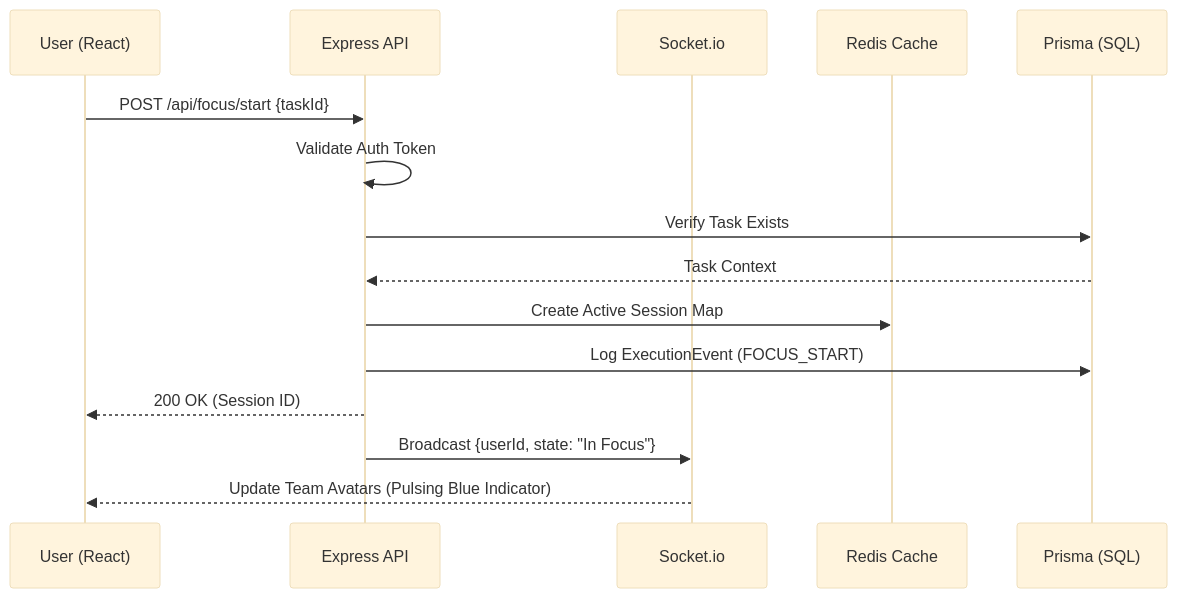
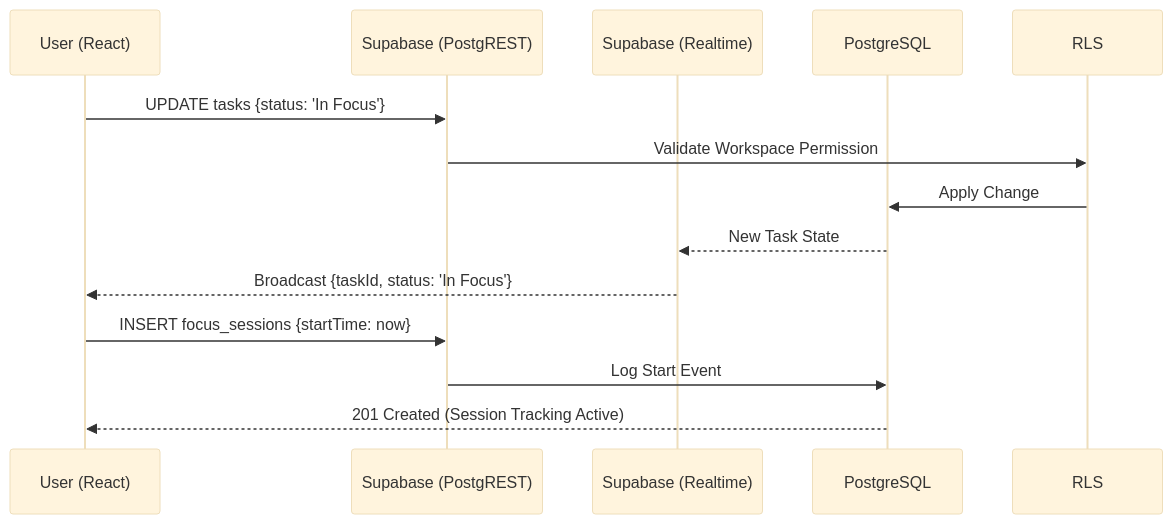
The third of 3 diagrams in Project_Documentation.md (Atharva-Mendhulkar/floework), drawn with Mermaid (base theme) before and after one commit. The commit also changed other lines of this file and 2 other files, not shown here.

Commit message:
Fix: Prevent task creation with past due dates

````diff
--- a/Project_Documentation.md
+++ b/Project_Documentation.md
@@ -206,18 +197,17 @@
 ```mermaid
 sequenceDiagram
     participant U as User (React)
-    participant API as Express API
-    participant WS as Socket.io
-    participant Redis as Redis Cache
-    participant DB as Prisma (SQL)
+    participant SB as Supabase (PostgREST)
+    participant RT as Supabase (Realtime)
+    participant DB as PostgreSQL
 
-    U->>API: POST /api/focus/start {taskId}
-    API->>API: Validate Auth Token
-    API->>DB: Verify Task Exists
-    DB-->>API: Task Context
-    API->>Redis: Create Active Session Map
-    API->>DB: Log ExecutionEvent (FOCUS_START)
-    API-->>U: 200 OK (Session ID)
-    API->>WS: Broadcast {userId, state: "In Focus"}
-    WS-->>U: Update Team Avatars (Pulsing Blue Indicator)
+    U->>SB: UPDATE tasks {status: 'In Focus'}
+    SB->>RLS: Validate Workspace Permission
+    RLS->>DB: Apply Change
+    DB-->>RT: New Task State
+    RT-->>U: Broadcast {taskId, status: 'In Focus'}
+    
+    U->>SB: INSERT focus_sessions {startTime: now}
+    SB->>DB: Log Start Event
+    DB-->>U: 201 Created (Session Tracking Active)
 ```
````
